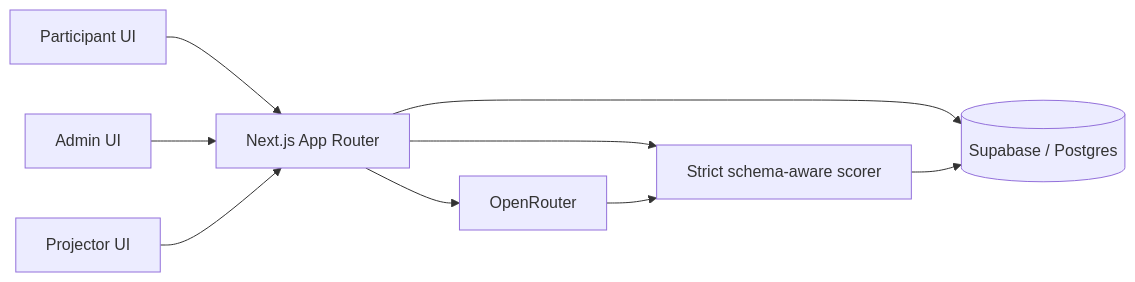
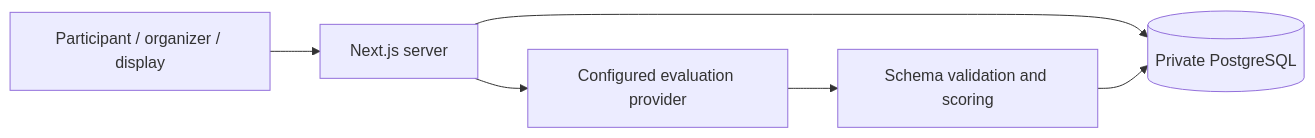
Before and after one commit to howardpchen/the-great-prompt-off: the diagram in README.md, drawn with Mermaid. The commit also changed other lines of this file and 26 other files, not shown here.

Commit message:
Harden submissions, patch framework advisories and refresh PostgreSQL documentation

````diff
--- a/README.md
+++ b/README.md
@@ -69,11 +17,8 @@
 ```mermaid
 flowchart LR
-    P[Participant UI] --> A[Next.js App Router]
-    O[Admin UI] --> A
-    D[Projector UI] --> A
-    A --> S[(Supabase / Postgres)]
-    A --> R[OpenRouter]
-    A --> L[Strict schema-aware scorer]
-    R --> L
-    L --> S
+    U[Participant / organizer / display] --> A[Next.js server]
+    A --> DB[(Private PostgreSQL)]
+    A --> E[Configured evaluation provider]
+    E --> S[Schema validation and scoring]
+    S --> DB
 ```
````
